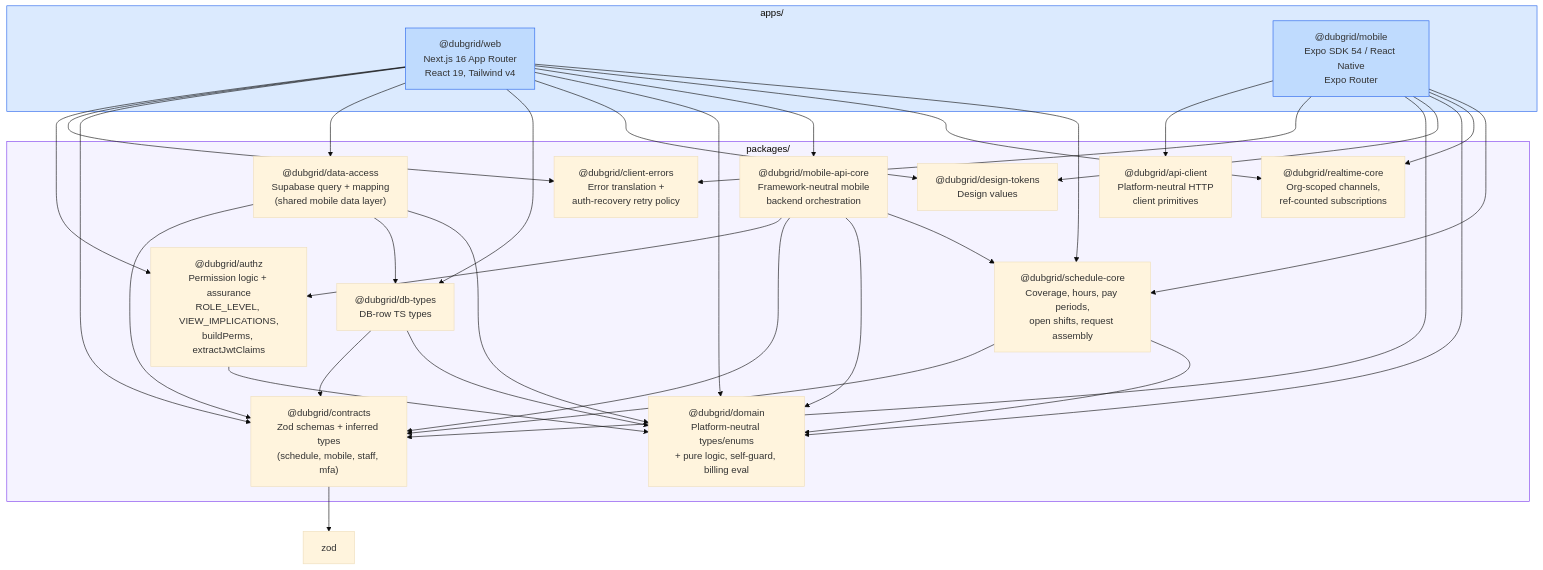
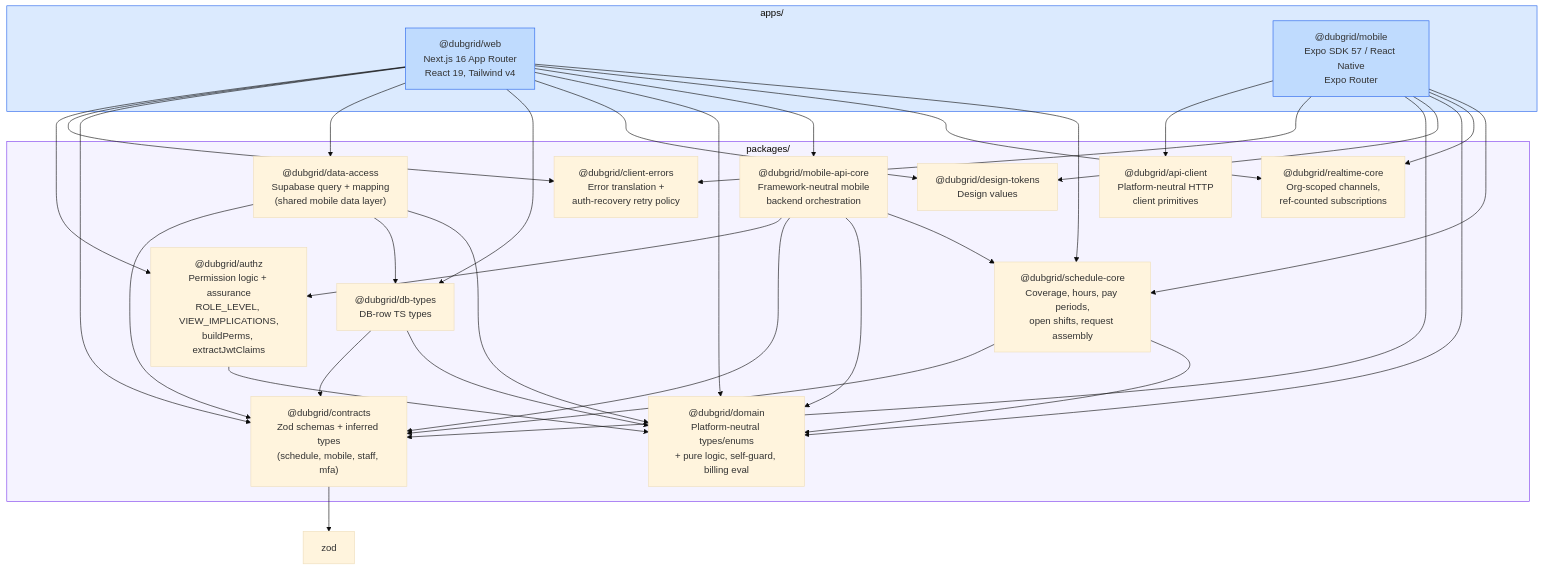
One commit to nickosmas/dub-grid changed diagram 14 of 17 in SYSTEM_FLOWCHARTS.md. Above: the diagram before and after it, drawn with Mermaid (base theme). The commit also changed 16 other files, not shown here.

Commit message:
chore(mobile): adopt the iOS scene life cycle on SDK 57, and record the upgrade

````diff
--- a/SYSTEM_FLOWCHARTS.md
+++ b/SYSTEM_FLOWCHARTS.md
@@ -1310,59 +1310,59 @@
 ```mermaid
 flowchart TD
     subgraph Apps["apps/"]
         WEB["@dubgrid/web\nNext.js 16 App Router\nReact 19, Tailwind v4"]
-        MOBILE["@dubgrid/mobile\nExpo SDK 54 / React Native\nExpo Router"]
+        MOBILE["@dubgrid/mobile\nExpo SDK 57 / React Native\nExpo Router"]
     end
 
     subgraph Packages["packages/"]
         DOMAIN["@dubgrid/domain\nPlatform-neutral types/enums\n+ pure logic, self-guard, billing eval"]
         CONTRACTS["@dubgrid/contracts\nZod schemas + inferred types\n(schedule, mobile, staff, mfa)"]
         DBTYPES["@dubgrid/db-types\nDB-row TS types"]
         AUTHZ["@dubgrid/authz\nPermission logic + assurance\nROLE_LEVEL, VIEW_IMPLICATIONS,\nbuildPerms, extractJwtClaims"]
         SCHEDCORE["@dubgrid/schedule-core\nCoverage, hours, pay periods,\nopen shifts, request assembly"]
         CLIENTERR["@dubgrid/client-errors\nError translation +\nauth-recovery retry policy"]
         REALTIME["@dubgrid/realtime-core\nOrg-scoped channels,\nref-counted subscriptions"]
         DATAACCESS["@dubgrid/data-access\nSupabase query + mapping\n(shared mobile data layer)"]
         MOBAPICORE["@dubgrid/mobile-api-core\nFramework-neutral mobile\nbackend orchestration"]
         APICLIENT["@dubgrid/api-client\nPlatform-neutral HTTP\nclient primitives"]
         TOKENS["@dubgrid/design-tokens\nDesign values"]
     end
 
     WEB --> AUTHZ
     WEB --> CLIENTERR
     WEB --> CONTRACTS
     WEB --> DATAACCESS
     WEB --> DBTYPES
     WEB --> TOKENS
     WEB --> DOMAIN
     WEB --> MOBAPICORE
     WEB --> REALTIME
     WEB --> SCHEDCORE
 
     MOBILE --> APICLIENT
     MOBILE --> CLIENTERR
     MOBILE --> CONTRACTS
     MOBILE --> TOKENS
     MOBILE --> DOMAIN
     MOBILE --> REALTIME
     MOBILE --> SCHEDCORE
 
     CONTRACTS --> ZOD["zod"]
     DBTYPES --> CONTRACTS
     DBTYPES --> DOMAIN
     AUTHZ --> DOMAIN
     SCHEDCORE --> CONTRACTS
     SCHEDCORE --> DOMAIN
     DATAACCESS --> CONTRACTS
     DATAACCESS --> DBTYPES
     DATAACCESS --> DOMAIN
     MOBAPICORE --> AUTHZ
     MOBAPICORE --> CONTRACTS
     MOBAPICORE --> DOMAIN
     MOBAPICORE --> SCHEDCORE
 
     style Apps fill:#dbeafe,stroke:#2563eb
     style Packages fill:#f5f3ff,stroke:#7c3aed
     style WEB fill:#bfdbfe,stroke:#2563eb
     style MOBILE fill:#bfdbfe,stroke:#2563eb
 ```
````
